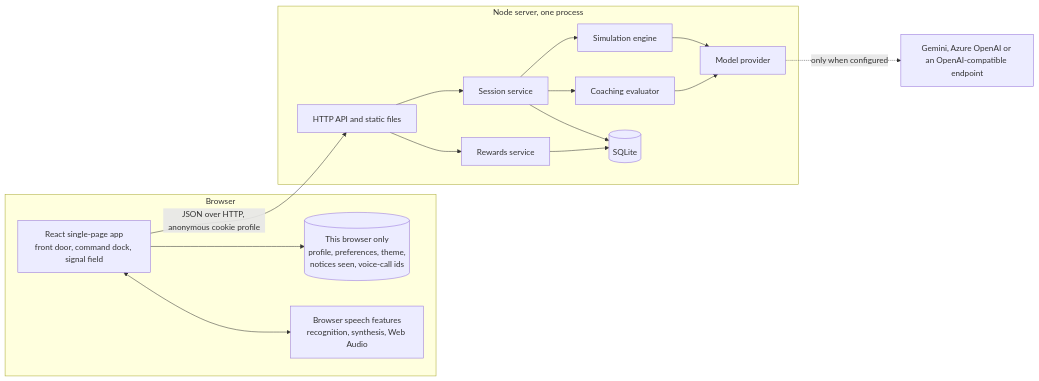
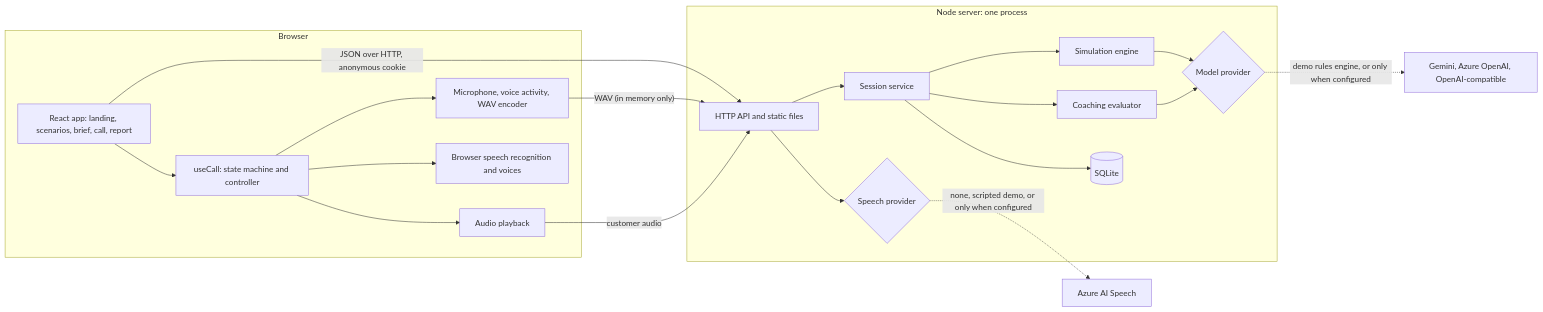
One commit to snowjug/Firefly changed the diagram in README.md. Above: the diagram before and after it, drawn with Mermaid. The commit also changed other lines of this file and 26 other files, not shown here.

````diff
--- a/README.md
+++ b/README.md
@@ -342,29 +190,23 @@
 ```mermaid
 flowchart LR
   subgraph Browser
-    UI["React single-page app<br/>front door, command dock, signal field"]
-    LOCAL[("This browser only<br/>profile, preferences, theme,<br/>notices seen, voice-call ids")]
-    SPEECH["Browser speech features<br/>recognition, synthesis, Web Audio"]
+    UI[React app: landing, scenarios, brief, call, report] --> HOOK[useCall: state machine and controller]
+    HOOK --> CAP[Microphone, voice activity, WAV encoder]
+    HOOK --> PLAY[Audio playback]
+    HOOK --> BSPEECH[Browser speech recognition and voices]
   end
-  subgraph Server["Node server, one process"]
-    API[HTTP API and static files]
-    SVC[Session service]
-    ENG[Simulation engine]
-    EVAL[Coaching evaluator]
-    RW[Rewards service]
-    PROV[Model provider]
-    DB[(SQLite)]
+  subgraph Server["Node server: one process"]
+    API[HTTP API and static files] --> SVC[Session service]
+    SVC --> ENG[Simulation engine]
+    SVC --> EVAL[Coaching evaluator]
+    SVC --> DB[(SQLite)]
+    ENG --> LLM{Model provider}
+    EVAL --> LLM
+    API --> SPEECH{Speech provider}
   end
-  UI --> LOCAL
-  UI <--> SPEECH
-  UI -->|JSON over HTTP, anonymous cookie profile| API
-  API --> SVC
-  API --> RW
-  SVC --> ENG
-  SVC --> EVAL
-  ENG --> PROV
-  EVAL --> PROV
-  SVC --> DB
-  RW --> DB
-  PROV -.->|only when configured| LLM[Gemini, Azure OpenAI or an OpenAI-compatible endpoint]
+  UI -->|JSON over HTTP, anonymous cookie| API
+  CAP -->|"WAV (in memory only)"| API
+  PLAY -->|"customer audio"| API
+  LLM -.->|"demo rules engine, or only when configured"| EXT[Gemini, Azure OpenAI, OpenAI-compatible]
+  SPEECH -.->|"none, scripted demo, or only when configured"| AZ[Azure AI Speech]
 ```
````
